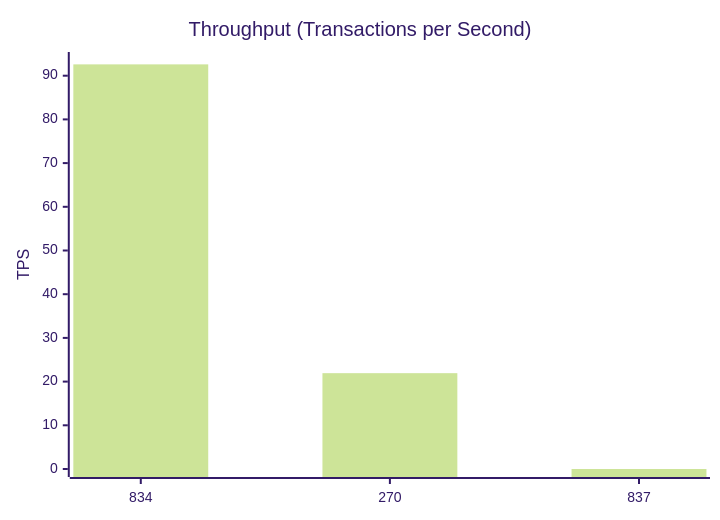
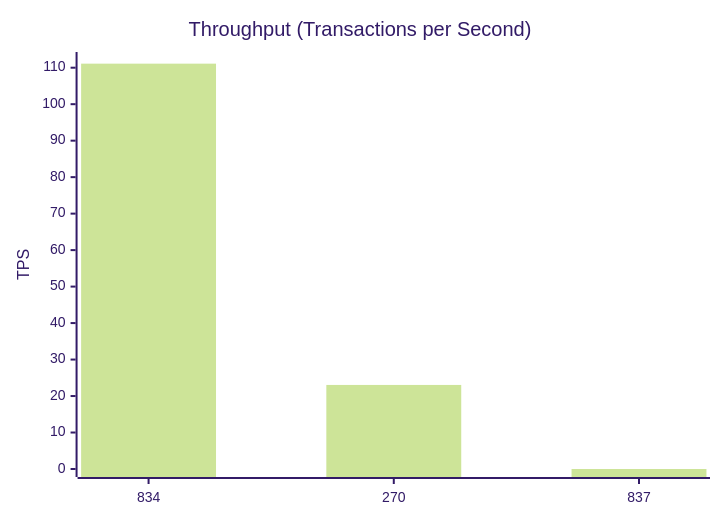
One commit to dhagan-va/intern-2025 changed the second of 10 diagrams in test-tools/DataGen/src/Statistics_Visualizer.md. Above: the diagram before and after it, drawn with Mermaid (forest theme). The commit also changed other lines of this file and 5 other files, not shown here.

````diff
--- a/test-tools/DataGen/src/Statistics_Visualizer.md
+++ b/test-tools/DataGen/src/Statistics_Visualizer.md
@@ -27,7 +27,7 @@
 ```mermaid
 xychart-beta
     title "Throughput (Transactions per Second)"
     x-axis ["834", "270", "837"]
-    y-axis "TPS" 0 --> 93.5925925925926
-    bar [92.5925925925926, 21.929824561403507, 0.0]
+    y-axis "TPS" 0 --> 112.11111111111111
+    bar [111.11111111111111, 23.04158083677805, 0.0]
 ```
````
